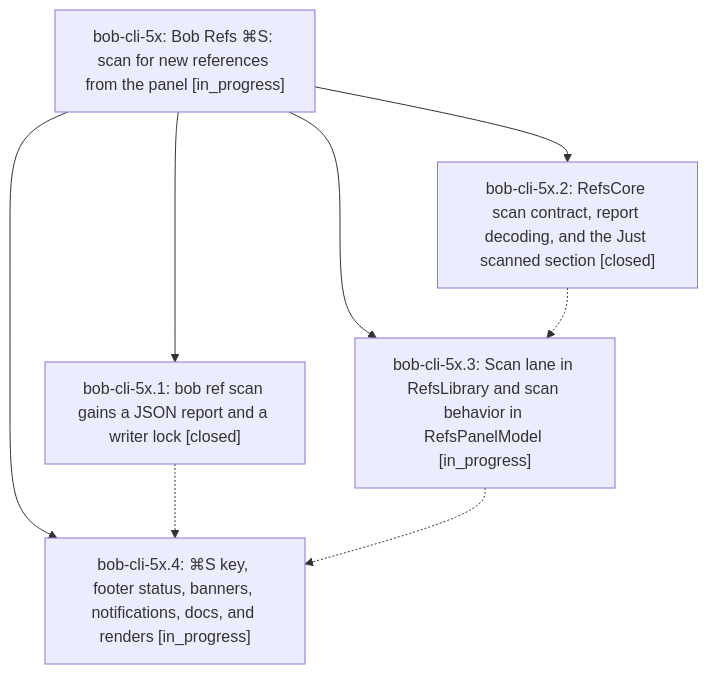
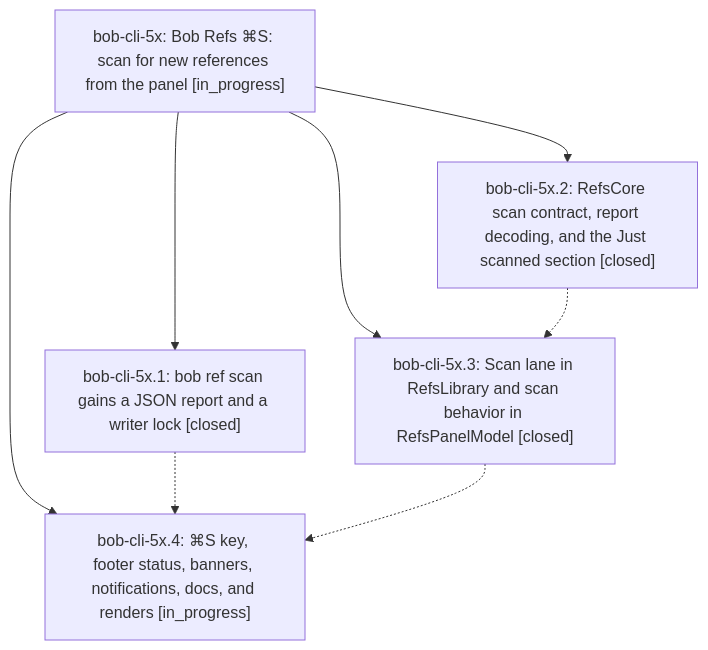
The diagram in pages/bob-cli-5x/README.md (bobs-org/bob-cli--beads), drawn with Mermaid before and after one commit. The commit also changed other lines of this file and 4 other files, not shown here.

First line of the commit message:
chore(beads): sync bead state and pages for bob-cli-5x

````diff
--- a/pages/bob-cli-5x/README.md
+++ b/pages/bob-cli-5x/README.md
@@ -39,15 +39,15 @@
 ```mermaid
 flowchart TD
     n0["bob-cli-5x: Bob Refs ⌘S: scan for new references from the panel [in_progress]"]
     n1["bob-cli-5x.1: bob ref scan gains a JSON report and a writer lock [closed]"]
     n2["bob-cli-5x.2: RefsCore scan contract, report decoding, and the Just scanned section [closed]"]
-    n3["bob-cli-5x.3: Scan lane in RefsLibrary and scan behavior in RefsPanelModel [in_progress]"]
+    n3["bob-cli-5x.3: Scan lane in RefsLibrary and scan behavior in RefsPanelModel [closed]"]
     n4["bob-cli-5x.4: ⌘S key, footer status, banners, notifications, docs, and renders [in_progress]"]
     n0 --> n1
     n0 --> n2
     n0 --> n3
     n0 --> n4
     n1 -.-> n4
     n2 -.-> n3
     n3 -.-> n4
 ```
````
